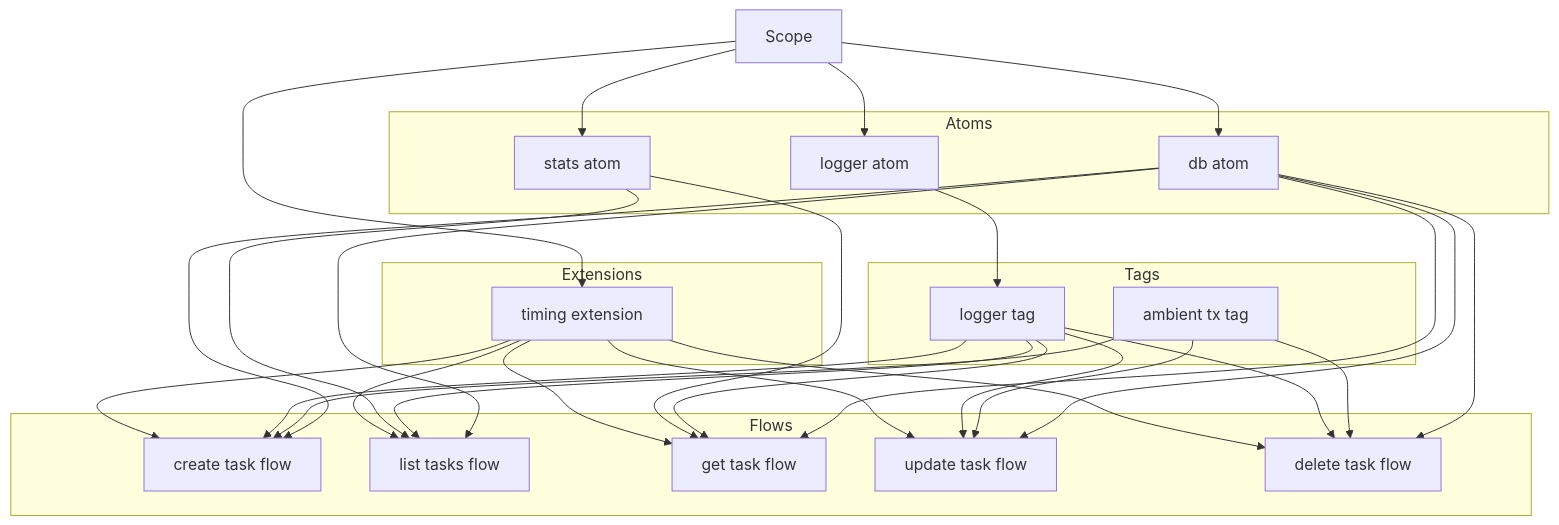
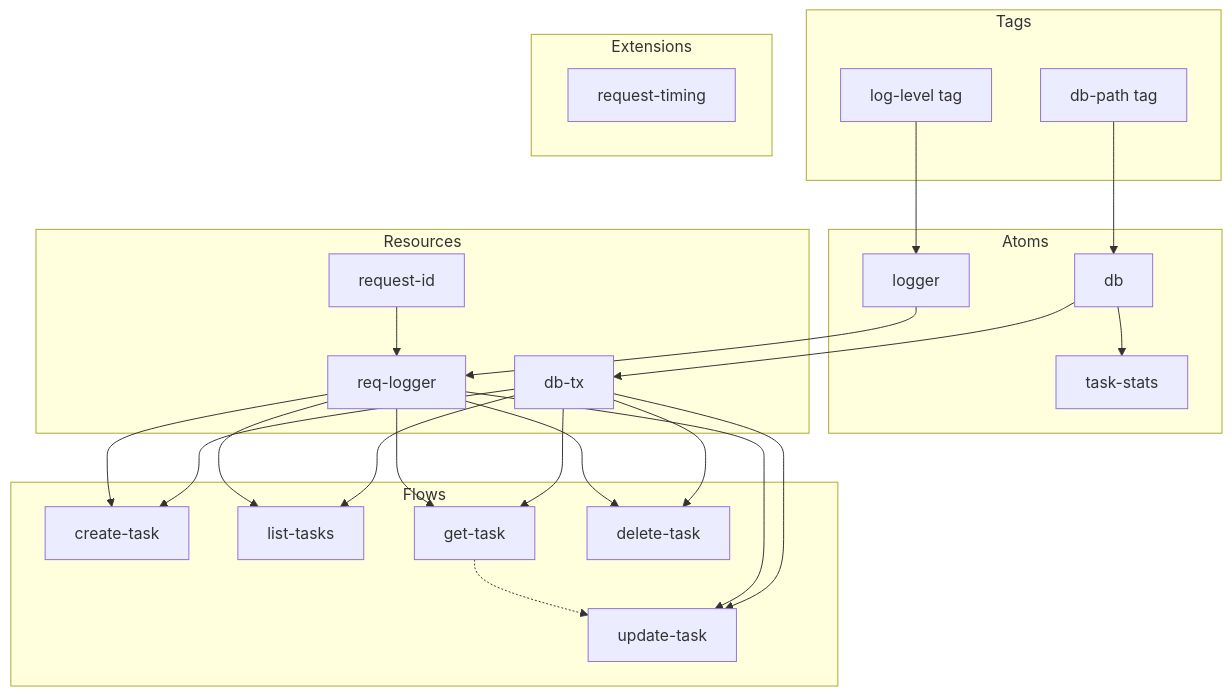
The diagram in examples/task-manager/README.md (pumped-fn/flux), drawn with Mermaid before and after one commit. The commit also changed other lines of this file and 18 other files, not shown here.

First line of the commit message:
Add Resource[T], unified FlowDep interface, and reorganize examples

````diff
--- a/examples/task-manager/README.md
+++ b/examples/task-manager/README.md
@@ -43,57 +43,52 @@
 ```mermaid
 graph TD
-    Scope[Scope]
+    subgraph Tags
+        DBPath[db-path tag]
+        LogLevel[log-level tag]
+    end
 
     subgraph Atoms
-        DB[db atom]
-        Logger[logger atom]
-        Stats[stats atom]
+        DB[db]
+        Logger[logger]
+        Stats[task-stats]
+    end
+
+    subgraph Resources
+        DBTX[db-tx]
+        ReqID[request-id]
+        ReqLogger[req-logger]
     end
 
     subgraph Flows
-        Create[create task flow]
-        List[list tasks flow]
-        Get[get task flow]
-        Update[update task flow]
-        Delete[delete task flow]
-    end
-
-    subgraph Tags
-        AmbientTx[ambient tx tag]
-        LoggerTag[logger tag]
+        Create[create-task]
+        List[list-tasks]
+        Get[get-task]
+        Update[update-task]
+        Delete[delete-task]
     end
 
     subgraph Extensions
-        Timing[timing extension]
+        Timing[request-timing]
     end
 
-    Scope --> DB
-    Scope --> Logger
-    Scope --> Stats
-    Scope --> Timing
+    DBPath --> DB
+    LogLevel --> Logger
+    DB --> Stats
+    DB --> DBTX
+    ReqID --> ReqLogger
+    Logger --> ReqLogger
 
-    DB --> Create
-    DB --> List
-    DB --> Get
-    DB --> Update
-    DB --> Delete
+    DBTX --> Create
+    DBTX --> List
+    DBTX --> Get
+    DBTX --> Update
+    DBTX --> Delete
 
-    Logger --> LoggerTag
-    AmbientTx --> Create
-    AmbientTx --> Update
-    AmbientTx --> Delete
-    LoggerTag --> Create
-    LoggerTag --> List
-    LoggerTag --> Get
-    LoggerTag --> Update
-    LoggerTag --> Delete
+    ReqLogger --> Create
+    ReqLogger --> List
+    ReqLogger --> Get
+    ReqLogger --> Update
+    ReqLogger --> Delete
 
-    Stats --> List
-    Stats --> Get
-
-    Timing --> Create
-    Timing --> List
-    Timing --> Get
-    Timing --> Update
-    Timing --> Delete
+    Get -.-> Update
 ```
````
